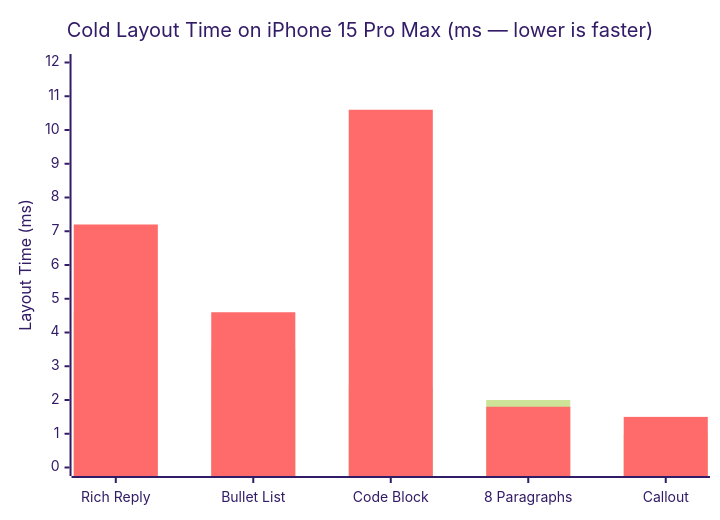
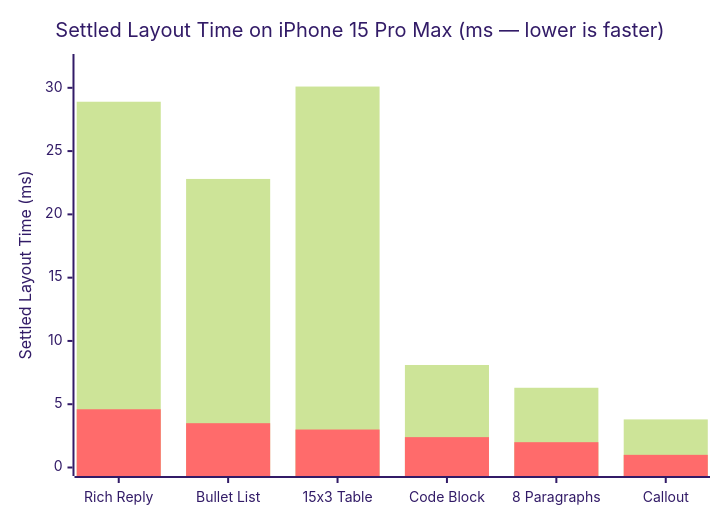
Before and after one commit to ripulio/swift-markdown-ui: the diagram in README.md, drawn with Mermaid (forest theme). The commit also changed other lines of this file and 26 other files, not shown here.

````diff
--- a/README.md
+++ b/README.md
@@ -41,8 +47,8 @@
 ```mermaid
 xychart-beta
-    title "Cold Layout Time on iPhone 15 Pro Max (ms — lower is faster)"
-    x-axis ["Rich Reply", "Bullet List", "Code Block", "8 Paragraphs", "Callout"]
-    y-axis "Layout Time (ms)" 0 --> 12
-    bar [4.6, 3.5, 2.4, 2.0, 1.0]
-    bar [7.2, 4.6, 10.6, 1.8, 1.5]
+    title "Settled Layout Time on iPhone 15 Pro Max (ms — lower is faster)"
+    x-axis ["Rich Reply", "Bullet List", "15x3 Table", "Code Block", "8 Paragraphs", "Callout"]
+    y-axis "Settled Layout Time (ms)" 0 --> 32
+    bar [28.9, 22.8, 30.1, 8.1, 6.3, 3.8]
+    bar [4.6, 3.5, 3.0, 2.4, 2.0, 1.0]
 ```
````
